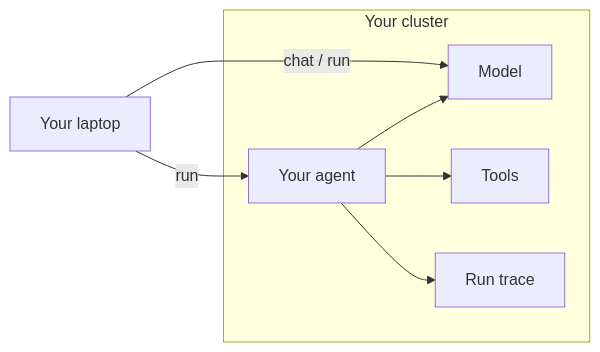
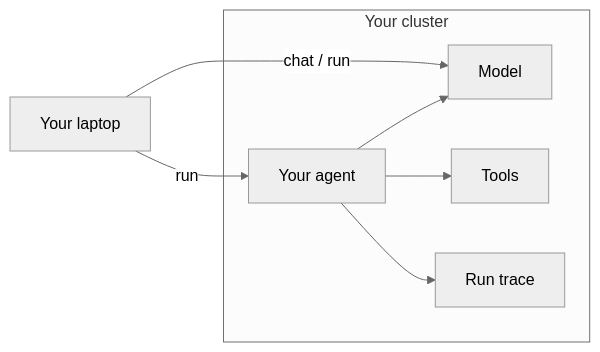
One commit to devopssquaddev/zelkor-platform changed the diagram in README.md. Above: the diagram before and after it, drawn with Mermaid. The commit also changed other lines of this file and 21 other files, not shown here.

First line of the commit message:
chore(docs): architecture deep dives for tenant isolation, MCP, and datastores (#28)

````diff
--- a/README.md
+++ b/README.md
@@ -34,15 +34,19 @@
 ```mermaid
+---
+config:
+  theme: neutral
+---
 flowchart LR
   laptop[Your laptop]
   subgraph cluster [Your cluster]
     model[Model]
     tools[Tools]
     agent[Your agent]
     trace[Run trace]
   end
   laptop -->|chat / run| model
   laptop -->|run| agent
   agent --> model
   agent --> tools
   agent --> trace
 ```
````
